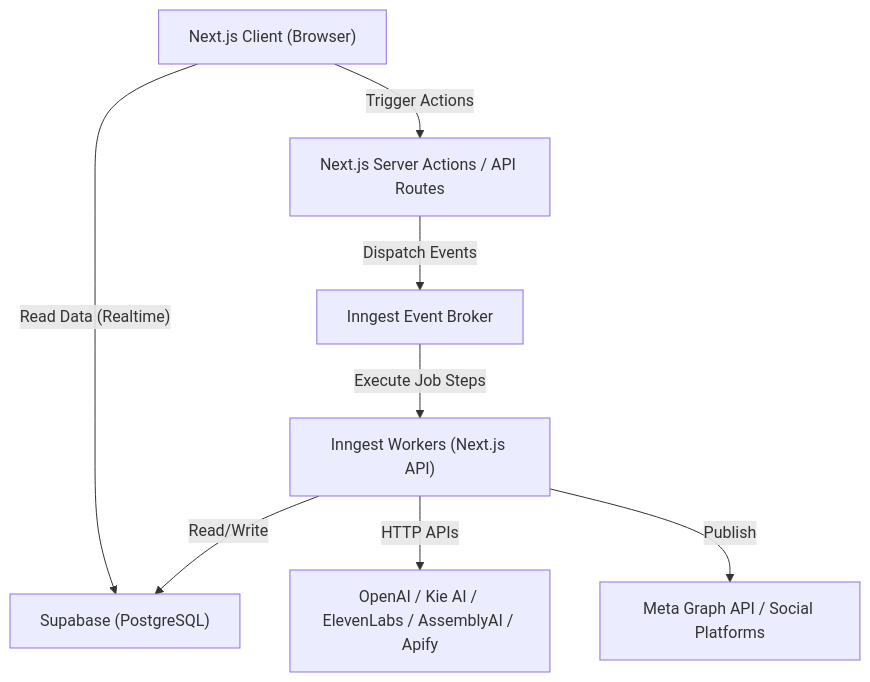
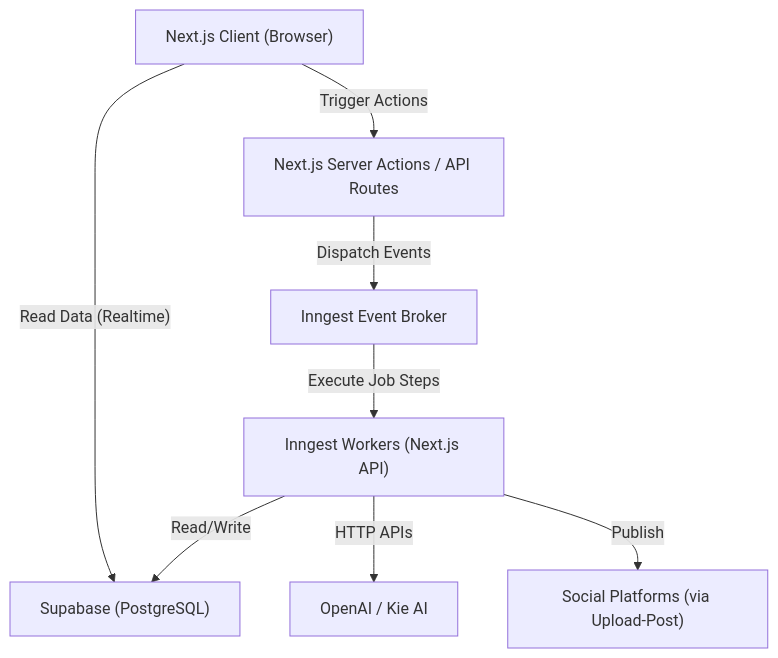
One commit to Aumatic-AI/kangroo-Kinetix changed the diagram in docs/architecture/system_design.md. Above: the diagram before and after it, drawn with Mermaid. The commit also changed other lines of this file and 235 other files, not shown here.

````diff
--- a/docs/architecture/system_design.md
+++ b/docs/architecture/system_design.md
@@ -9,10 +9,10 @@
 ```mermaid
 graph TD
     Client["Next.js Client (Browser)"] -- "Read Data (Realtime)" --> Supabase["Supabase (PostgreSQL)"]
     Client -- "Trigger Actions" --> API["Next.js Server Actions / API Routes"]
     API -- "Dispatch Events" --> Inngest["Inngest Event Broker"]
     Inngest -- "Execute Job Steps" --> Jobs["Inngest Workers (Next.js API)"]
     Jobs -- "Read/Write" --> Supabase
-    Jobs -- "HTTP APIs" --> AI["OpenAI / Kie AI / ElevenLabs / AssemblyAI / Apify"]
-    Jobs -- "Publish" --> Meta["Meta Graph API / Social Platforms"]
+    Jobs -- "HTTP APIs" --> AI["OpenAI / Kie AI"]
+    Jobs -- "Publish" --> Meta["Social Platforms (via Upload-Post)"]
 ```
````
